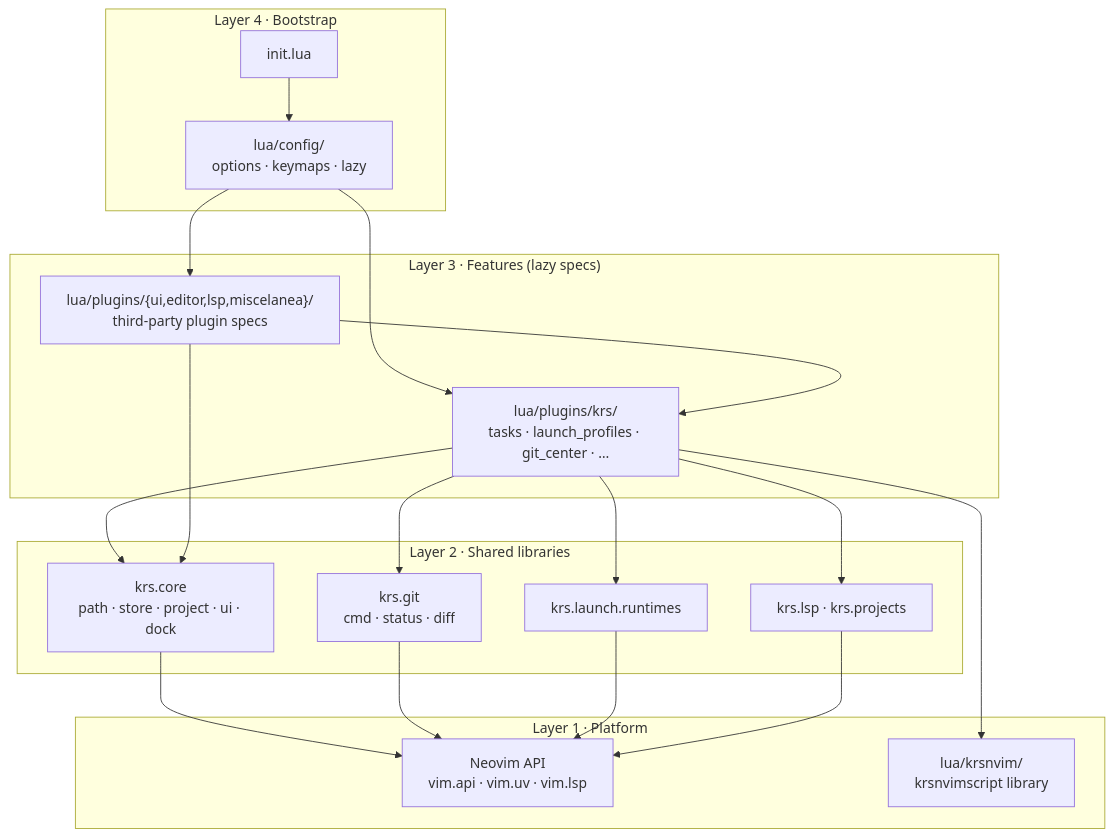
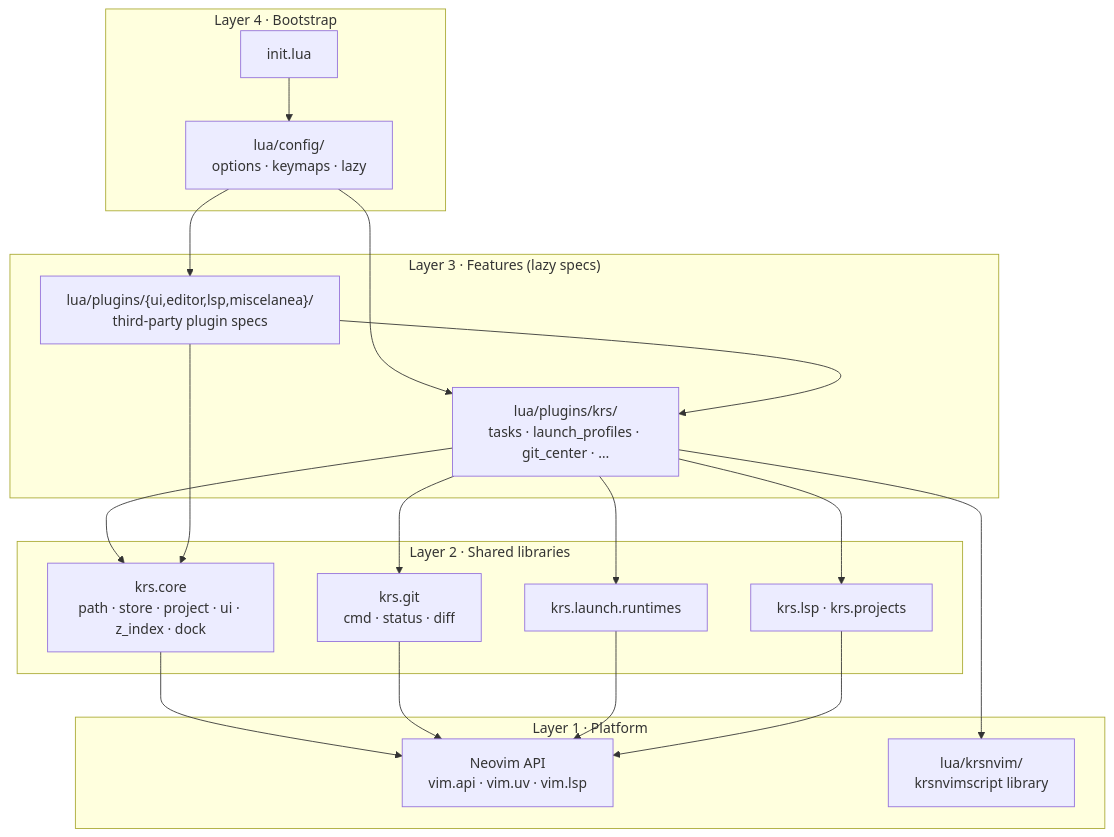
Before and after one commit to KristanLaimon/Nvim-Config: the first of 5 diagrams in docs/architecture.md, drawn with Mermaid. The commit also changed 17 other files, not shown here.

````diff
--- a/docs/architecture.md
+++ b/docs/architecture.md
@@ -65,39 +65,39 @@
 ```mermaid
 graph TD
     subgraph L4["Layer 4 · Bootstrap"]
         INIT["init.lua"]
         CONFIG["lua/config/<br/>options · keymaps · lazy"]
     end
 
     subgraph L3["Layer 3 · Features (lazy specs)"]
         KRSPLUG["lua/plugins/krs/<br/>tasks · launch_profiles · git_center · …"]
         THIRD["lua/plugins/{ui,editor,lsp,miscelanea}/<br/>third-party plugin specs"]
     end
 
     subgraph L2["Layer 2 · Shared libraries"]
-        CORE["krs.core<br/>path · store · project · ui · dock"]
+        CORE["krs.core<br/>path · store · project · ui · z_index · dock"]
         GIT["krs.git<br/>cmd · status · diff"]
         LAUNCH["krs.launch.runtimes"]
         KRSLSP["krs.lsp · krs.projects"]
     end
 
     subgraph L1["Layer 1 · Platform"]
         NVIM["Neovim API<br/>vim.api · vim.uv · vim.lsp"]
         KRSNVIM["lua/krsnvim/<br/>krsnvimscript library"]
     end
 
     INIT --> CONFIG
     CONFIG --> KRSPLUG
     CONFIG --> THIRD
     KRSPLUG --> CORE
     KRSPLUG --> GIT
     KRSPLUG --> LAUNCH
     KRSPLUG --> KRSLSP
     THIRD --> CORE
     THIRD --> KRSPLUG
     CORE --> NVIM
     GIT --> NVIM
     LAUNCH --> NVIM
     KRSLSP --> NVIM
     KRSPLUG --> KRSNVIM
 ```
````
